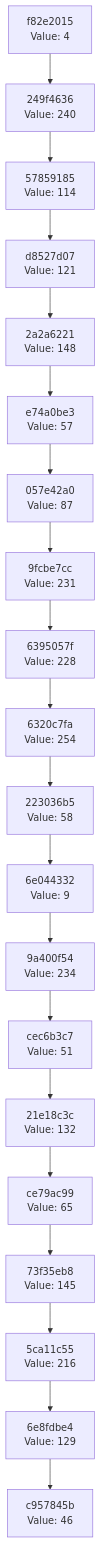
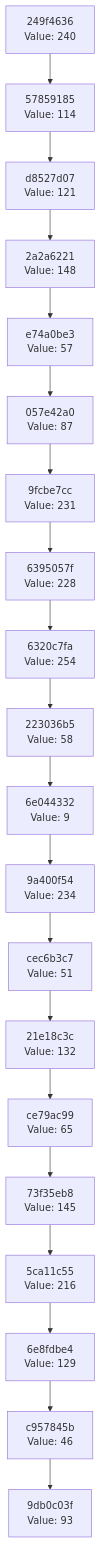
Before and after one commit to Abhisheksinha1506/hash-chain-evolver: the diagram in docs/CHAIN_VISUALIZATION.md, drawn with Mermaid. The commit also changed 2 other files, not shown here.

Commit message:
Evolution step: hash 0x5D → action executed

````diff
--- a/docs/CHAIN_VISUALIZATION.md
+++ b/docs/CHAIN_VISUALIZATION.md
@@ -3,42 +3,42 @@
 ```mermaid
 graph TD
-    C0["c957845b<br/>Value: 46"]
-    C1["6e8fdbe4<br/>Value: 129"]
+    C0["9db0c03f<br/>Value: 93"]
+    C1["c957845b<br/>Value: 46"]
     C1 --> C0
-    C2["5ca11c55<br/>Value: 216"]
+    C2["6e8fdbe4<br/>Value: 129"]
     C2 --> C1
-    C3["73f35eb8<br/>Value: 145"]
+    C3["5ca11c55<br/>Value: 216"]
     C3 --> C2
-    C4["ce79ac99<br/>Value: 65"]
+    C4["73f35eb8<br/>Value: 145"]
     C4 --> C3
-    C5["21e18c3c<br/>Value: 132"]
+    C5["ce79ac99<br/>Value: 65"]
     C5 --> C4
-    C6["cec6b3c7<br/>Value: 51"]
+    C6["21e18c3c<br/>Value: 132"]
     C6 --> C5
-    C7["9a400f54<br/>Value: 234"]
+    C7["cec6b3c7<br/>Value: 51"]
     C7 --> C6
-    C8["6e044332<br/>Value: 9"]
+    C8["9a400f54<br/>Value: 234"]
     C8 --> C7
-    C9["223036b5<br/>Value: 58"]
+    C9["6e044332<br/>Value: 9"]
     C9 --> C8
-    C10["6320c7fa<br/>Value: 254"]
+    C10["223036b5<br/>Value: 58"]
     C10 --> C9
-    C11["6395057f<br/>Value: 228"]
+    C11["6320c7fa<br/>Value: 254"]
     C11 --> C10
-    C12["9fcbe7cc<br/>Value: 231"]
+    C12["6395057f<br/>Value: 228"]
     C12 --> C11
-    C13["057e42a0<br/>Value: 87"]
+    C13["9fcbe7cc<br/>Value: 231"]
     C13 --> C12
-    C14["e74a0be3<br/>Value: 57"]
+    C14["057e42a0<br/>Value: 87"]
     C14 --> C13
-    C15["2a2a6221<br/>Value: 148"]
+    C15["e74a0be3<br/>Value: 57"]
     C15 --> C14
-    C16["d8527d07<br/>Value: 121"]
+    C16["2a2a6221<br/>Value: 148"]
     C16 --> C15
-    C17["57859185<br/>Value: 114"]
+    C17["d8527d07<br/>Value: 121"]
     C17 --> C16
-    C18["249f4636<br/>Value: 240"]
+    C18["57859185<br/>Value: 114"]
     C18 --> C17
-    C19["f82e2015<br/>Value: 4"]
+    C19["249f4636<br/>Value: 240"]
     C19 --> C18
 ```
````
